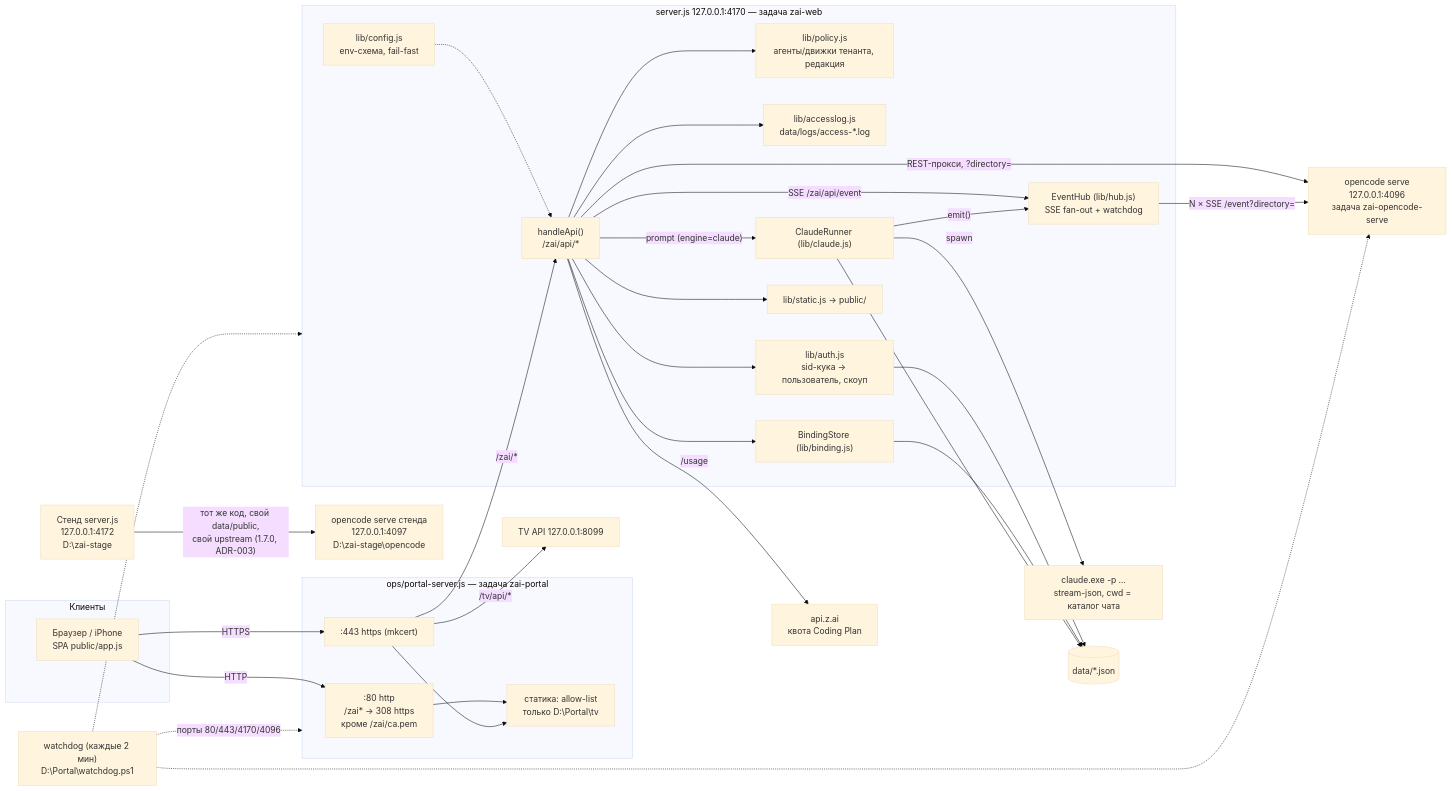
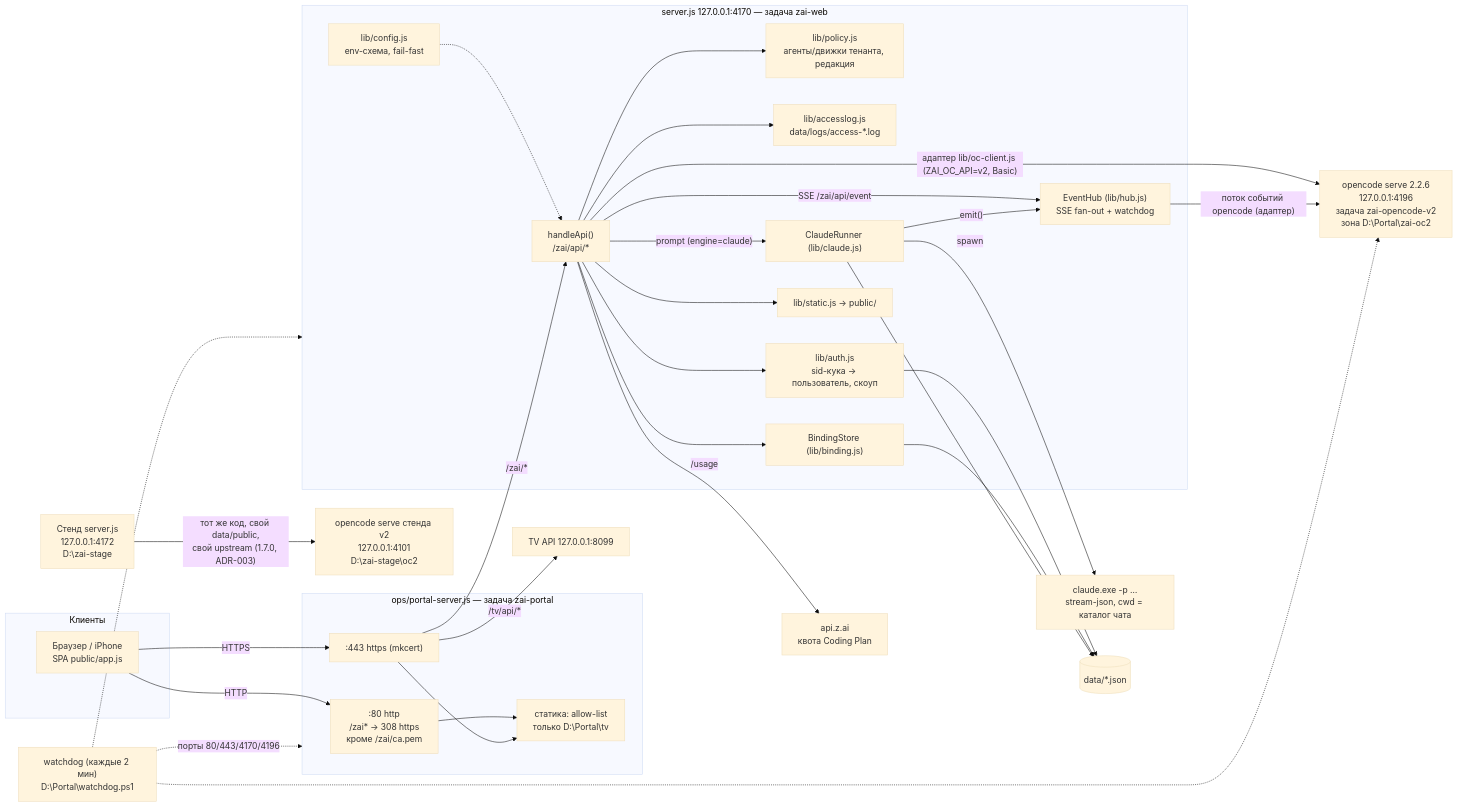
One commit to al3x4kov/teleharness changed the first of 3 diagrams in docs/architecture.md. Above: the diagram before and after it, drawn with Mermaid (base theme). The commit also changed other lines of this file and 256 other files, not shown here.

````diff
--- a/docs/architecture.md
+++ b/docs/architecture.md
@@ -51,57 +51,57 @@
 ```mermaid
 flowchart LR
   subgraph Клиенты
     B["Браузер / iPhone<br/>SPA public/app.js"]
   end
   subgraph Edge["ops/portal-server.js — задача zai-portal"]
     E80[":80 http<br/>/zai* → 308 https<br/>кроме /zai/ca.pem"]
     E443[":443 https (mkcert)"]
     ST["статика: allow-list<br/>только D:\Portal\tv"]
   end
   subgraph Portal["server.js 127.0.0.1:4170 — задача zai-web"]
     API["handleApi()<br/>/zai/api/*"]
     CFG["lib/config.js<br/>env-схема, fail-fast"]
     POL["lib/policy.js<br/>агенты/движки тенанта, редакция"]
     LOG["lib/accesslog.js<br/>data/logs/access-*.log"]
     AUTH["lib/auth.js<br/>sid-кука → пользователь, скоуп"]
     HUB["EventHub (lib/hub.js)<br/>SSE fan-out + watchdog"]
     CR["ClaudeRunner (lib/claude.js)"]
     BS["BindingStore (lib/binding.js)"]
     STA["lib/static.js → public/"]
   end
-  OC["opencode serve<br/>127.0.0.1:4096<br/>задача zai-opencode-serve"]
-  OCS["opencode serve стенда<br/>127.0.0.1:4097<br/>D:\zai-stage\opencode"]
+  OC["opencode serve 2.2.6<br/>127.0.0.1:4196<br/>задача zai-opencode-v2<br/>зона D:\Portal\zai-oc2"]
+  OCS["opencode serve стенда v2<br/>127.0.0.1:4101<br/>D:\zai-stage\oc2"]
   CLI["claude.exe -p …<br/>stream-json, cwd = каталог чата"]
   ZAI["api.z.ai<br/>квота Coding Plan"]
   TV["TV API 127.0.0.1:8099"]
   DATA[("data/*.json")]
   STAND["Стенд server.js<br/>127.0.0.1:4172<br/>D:\zai-stage"]
   WD["watchdog (каждые 2 мин)<br/>D:\Portal\watchdog.ps1"]
 
   B -- HTTPS --> E443
   B -- HTTP --> E80
   E80 --> ST
   E443 -- "/zai/*" --> API
   E443 -- "/tv/api/*" --> TV
   E443 --> ST
   API --> AUTH
   API --> POL
   API --> LOG
   CFG -.-> API
-  API -- REST-прокси, ?directory= --> OC
-  HUB -- "N × SSE /event?directory=" --> OC
+  API -- "адаптер lib/oc-client.js (ZAI_OC_API=v2, Basic)" --> OC
+  HUB -- "поток событий opencode (адаптер)" --> OC
   API -- "SSE /zai/api/event" --> HUB
   API -- prompt (engine=claude) --> CR
   CR -- spawn --> CLI
   CR -- emit() --> HUB
   API --> BS
   API --> STA
   API -- "/usage" --> ZAI
   AUTH --> DATA
   BS --> DATA
   CR --> DATA
   STAND -- "тот же код, свой data/public,<br/>свой upstream (1.7.0, ADR-003)" --> OCS
-  WD -. "порты 80/443/4170/4096" .-> Edge
+  WD -. "порты 80/443/4170/4196" .-> Edge
   WD -.-> Portal
   WD -.-> OC
 ```
````
